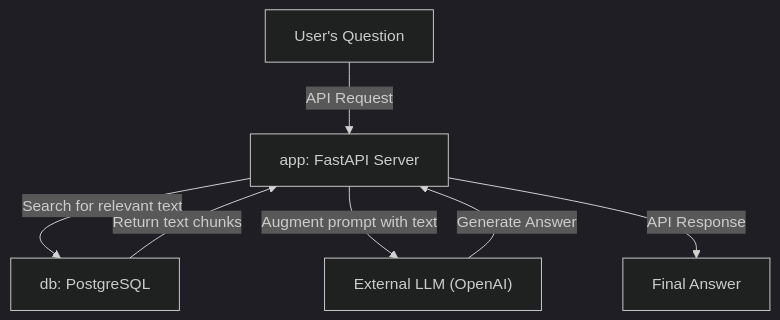
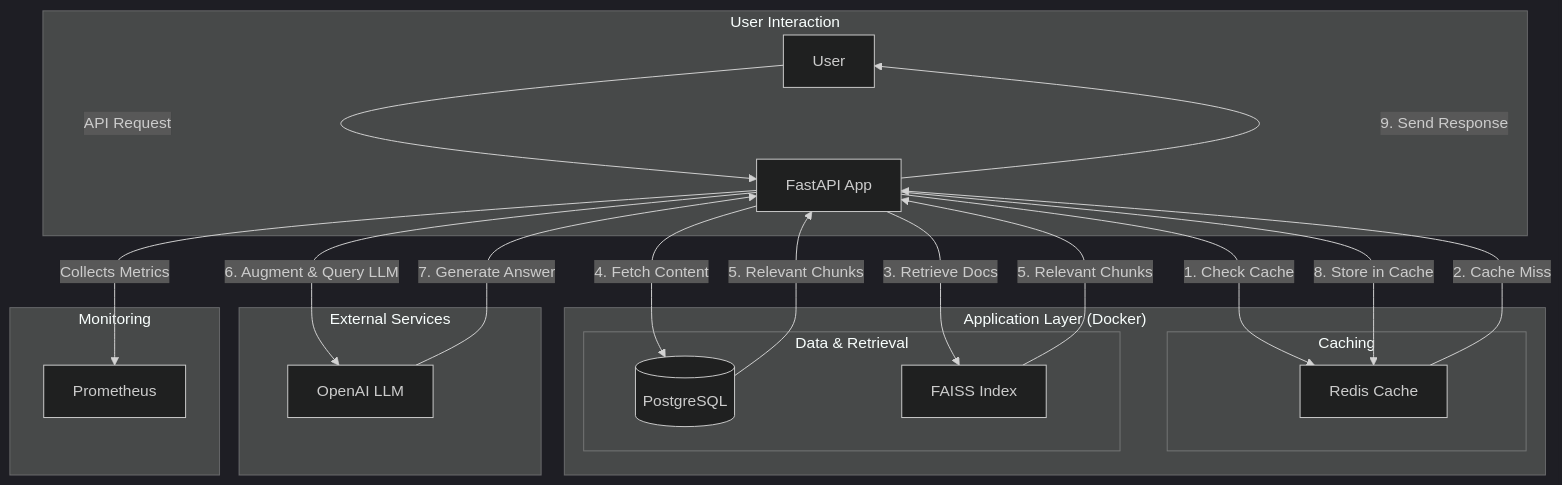
Before and after one commit to ZeleMate/LegalQA_v2: the diagram in README.md, drawn with Mermaid (dark theme). The commit also changed other lines of this file and 21 other files, not shown here.

````diff
--- a/README.md
+++ b/README.md
@@ -14,9 +11,36 @@
 ```mermaid
 graph TD
-    U_in["User's Question"] -- "API Request" --> A["app: FastAPI Server"]
-    A -- "Search for relevant text" --> D["db: PostgreSQL"]
-    D -- "Return text chunks" --> A
-    A -- "Augment prompt with text" --> L["External LLM (OpenAI)"]
-    L -- "Generate Answer" --> A
-    A -- "API Response" --> U_out["Final Answer"]
+    subgraph "User Interaction"
+        U[User] -- "API Request" --> A
+    end
+
+    subgraph "Application Layer (Docker)"
+        A[FastAPI App]
+        subgraph "Caching"
+            C[Redis Cache]
+        end
+        subgraph "Data & Retrieval"
+            DB[(PostgreSQL)]
+            F[FAISS Index]
+        end
+    end
+
+    subgraph "External Services"
+        LLM[OpenAI LLM]
+    end
+    
+    subgraph "Monitoring"
+        P[Prometheus]
+    end
+
+    A -- "1. Check Cache" --> C
+    C -- "2. Cache Miss" --> A
+    A -- "3. Retrieve Docs" --> F
+    A -- "4. Fetch Content" --> DB
+    F & DB -- "5. Relevant Chunks" --> A
+    A -- "6. Augment & Query LLM" --> LLM
+    LLM -- "7. Generate Answer" --> A
+    A -- "8. Store in Cache" --> C
+    A -- "9. Send Response" --> U
+    A -- "Collects Metrics" --> P
 ```
````
